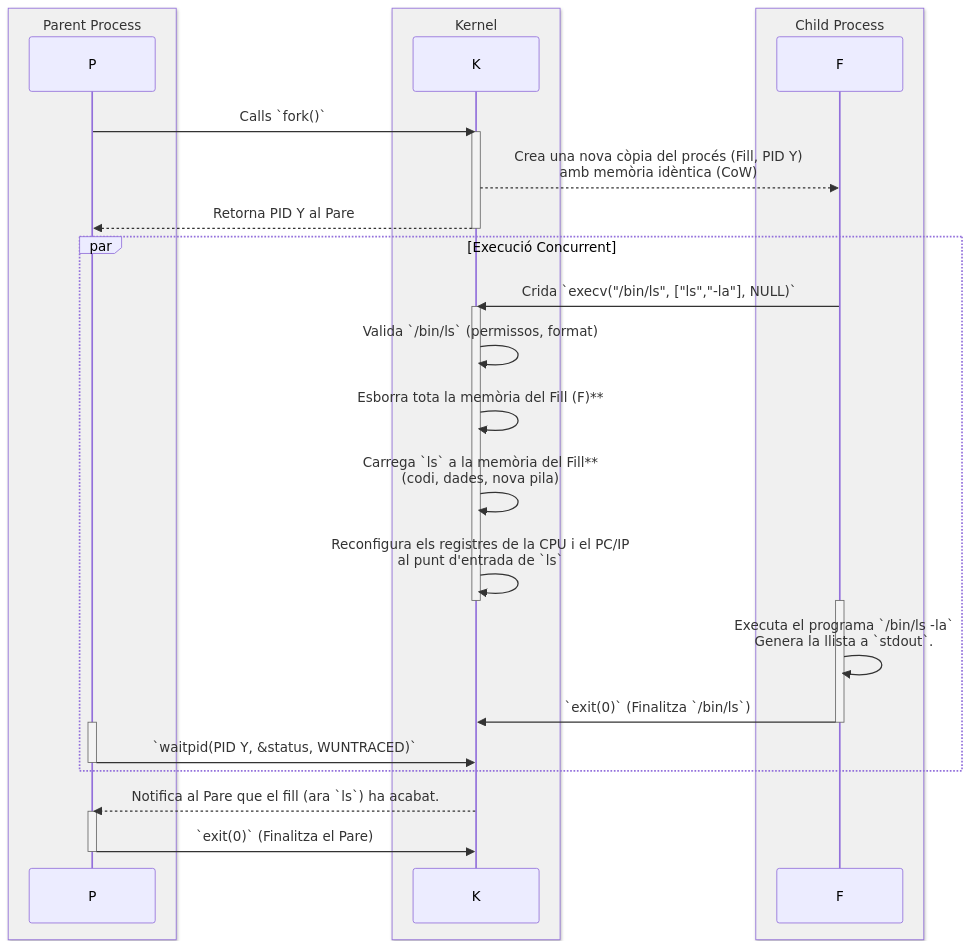
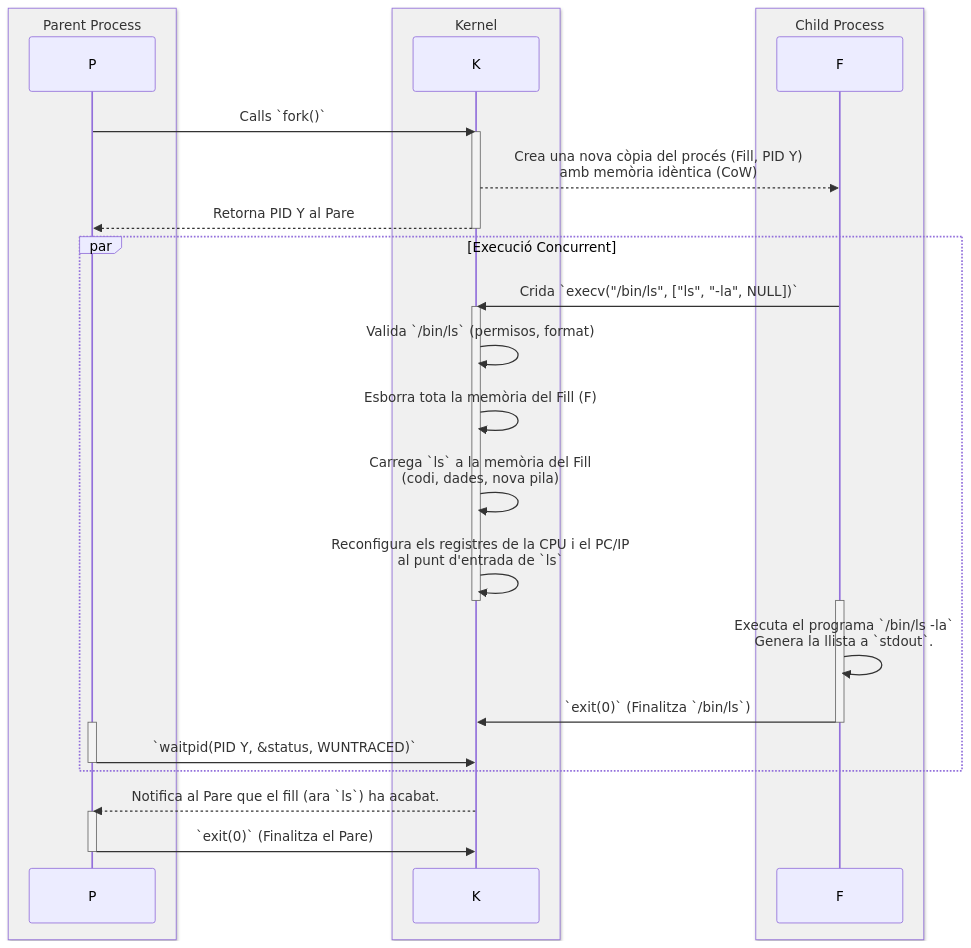
Before and after one commit to SO-UdL-EpS/course-site-igualada: diagram 11 of 11 in blocs/02-proc/teoria/02-create.qmd, drawn with Mermaid. The commit also changed other lines of this file and 54 other files, not shown here.

````diff
--- a/blocs/02-proc/teoria/02-create.qmd
+++ b/blocs/02-proc/teoria/02-create.qmd
@@ -988,46 +992,46 @@
 ```{mermaid}
 %%| echo: false
 sequenceDiagram
     box rgb(240,240,240) Parent Process
     participant P
     end
     
     box rgb(240,240,240) Kernel
     participant K
     end
     
     box rgb(240,240,240) Child Process
     participant F
     end
 
     P->>K: Calls `fork()`
     activate K
     K-->>F: Crea una nova còpia del procés (Fill, PID Y)<br> amb memòria idèntica (CoW)
     K-->>P: Retorna PID Y al Pare
     deactivate K
     
     par Execució Concurrent
-        F->>K: Crida `execv("/bin/ls", ["ls","-la"], NULL)`
+        F->>K: Crida `execv("/bin/ls", ["ls", "-la", NULL])`
         
         activate K
-        K->>K: Valida `/bin/ls` (permissos, format)
-        K->>K: Esborra tota la memòria del Fill (F)**
-        K->>K: Carrega `ls` a la memòria del Fill**<br>  (codi, dades, nova pila)
+        K->>K: Valida `/bin/ls` (permisos, format)
+        K->>K: Esborra tota la memòria del Fill (F)
+        K->>K: Carrega `ls` a la memòria del Fill<br>  (codi, dades, nova pila)
         K->>K: Reconfigura els registres de la CPU i el PC/IP<br>  al punt d'entrada de `ls`
         deactivate K
 
         activate F
         F->>F: Executa el programa `/bin/ls -la`<br>Genera la llista a `stdout`.
         F->>K: `exit(0)` (Finalitza `/bin/ls`)
         deactivate F
         
         activate P
         P->>K: `waitpid(PID Y, &status, WUNTRACED)`
         deactivate P
     end
 
     K-->>P: Notifica al Pare que el fill (ara `ls`) ha acabat.
     activate P
     P->>K: `exit(0)` (Finalitza el Pare)
     deactivate P
 ```
````
